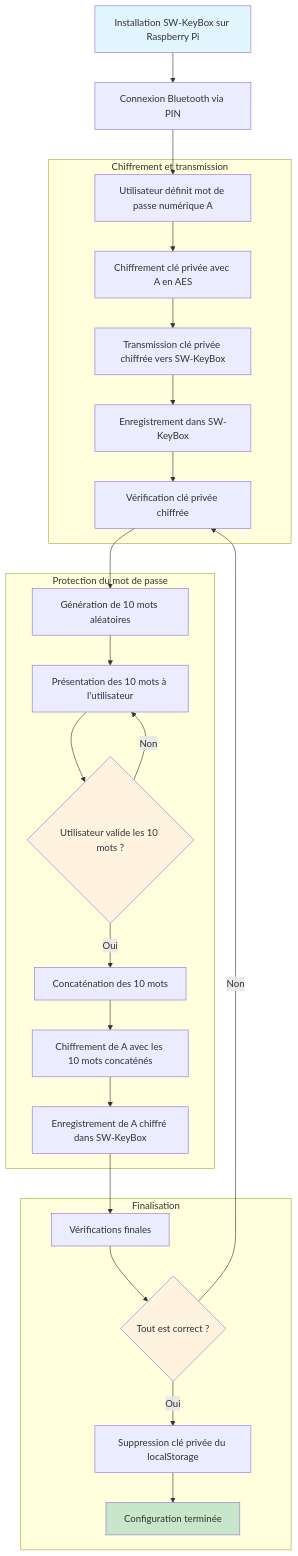
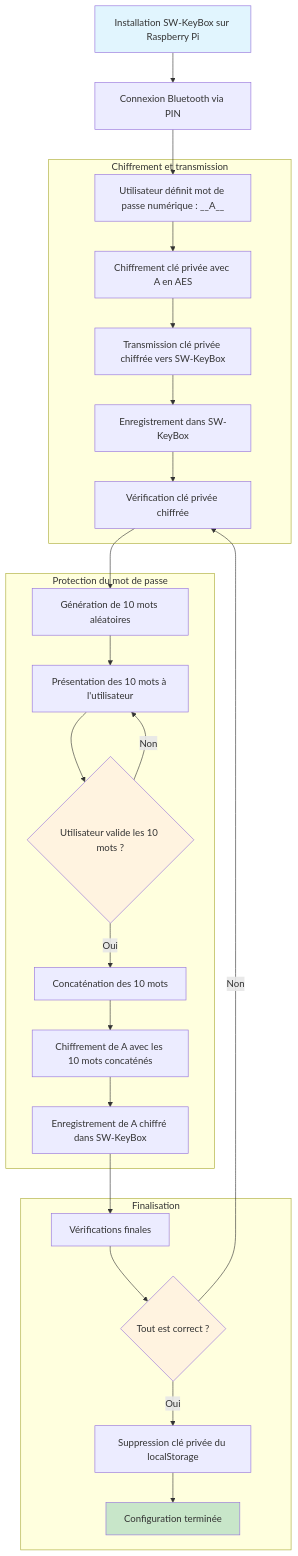
Before and after one commit to YR72dpi/SecuredWhisker-keybox: the diagram in feature.md, drawn with Mermaid.

Commit message:
correction

````diff
--- a/feature.md
+++ b/feature.md
@@ -18,35 +18,35 @@
 ```mermaid
 graph TD
     A[Installation SW-KeyBox sur Raspberry Pi] --> B[Connexion Bluetooth via PIN]
-    B --> C[Utilisateur définit mot de passe numérique A]
+    B --> C[Utilisateur définit mot de passe numérique : __A__]
     
     subgraph "Chiffrement et transmission"
         C --> D[Chiffrement clé privée avec A en AES]
         D --> E[Transmission clé privée chiffrée vers SW-KeyBox]
         E --> F[Enregistrement dans SW-KeyBox]
         F --> G[Vérification clé privée chiffrée]
     end
     
     subgraph "Protection du mot de passe"
         G --> H[Génération de 10 mots aléatoires]
         H --> I[Présentation des 10 mots à l'utilisateur]
         I --> J{Utilisateur valide les 10 mots ?}
         J -->|Non| I
         J -->|Oui| K[Concaténation des 10 mots]
         K --> L[Chiffrement de A avec les 10 mots concaténés]
         L --> M[Enregistrement de A chiffré dans SW-KeyBox]
     end
     
     subgraph "Finalisation"
         M --> N[Vérifications finales]
         N --> O{Tout est correct ?}
         O -->|Non| G
         O -->|Oui| P[Suppression clé privée du localStorage]
         P --> Q[Configuration terminée]
     end
     
     style A fill:#e1f5fe
     style Q fill:#c8e6c9
     style J fill:#fff3e0
     style O fill:#fff3e0
 ```
````
